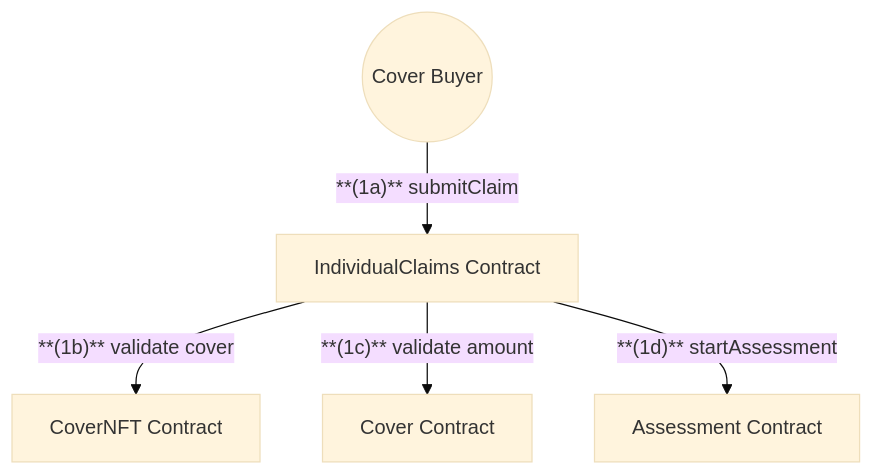
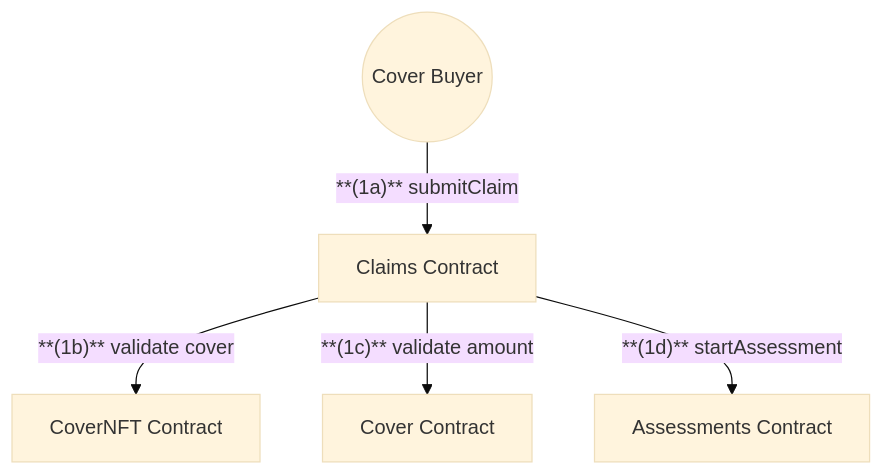
The first of 2 diagrams in docs/developers/Diagrams/Contracts Diagrams/claims-assessment.md (NexusMutual/docs), drawn with Mermaid (base theme) before and after one commit. The commit also changed other lines of this file and 8 other files, not shown here.

First line of the commit message:
docs: update diagrams and user flows for the current contracts

````diff
--- a/docs/developers/Diagrams/Contracts Diagrams/claims-assessment.md
+++ b/docs/developers/Diagrams/Contracts Diagrams/claims-assessment.md
@@ -9,17 +9,17 @@
 ```mermaid
 graph TD
     %% Users
     Member(("Cover Buyer"))
 
     %% Contracts
-    IndividualClaims["IndividualClaims Contract"]
-    Assessment["Assessment Contract"]
+    Claims["Claims Contract"]
+    Assessments["Assessments Contract"]
     Cover["Cover Contract"]
     CoverNFT["CoverNFT Contract"]
 
     %% Submit Claim
-    Member -->|"**(1a)** submitClaim"| IndividualClaims
-    IndividualClaims -->|"**(1b)** validate cover"| CoverNFT
-    IndividualClaims -->|"**(1c)** validate amount"| Cover
-    IndividualClaims -->|"**(1d)** startAssessment"| Assessment
+    Member -->|"**(1a)** submitClaim"| Claims
+    Claims -->|"**(1b)** validate cover"| CoverNFT
+    Claims -->|"**(1c)** validate amount"| Cover
+    Claims -->|"**(1d)** startAssessment"| Assessments
 ```
````
